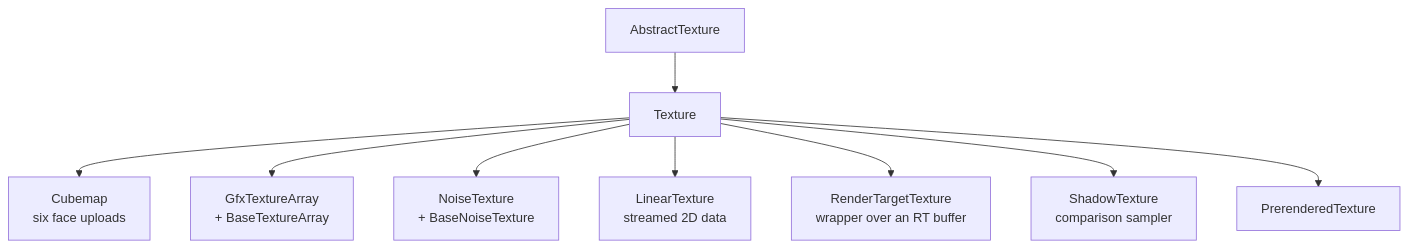
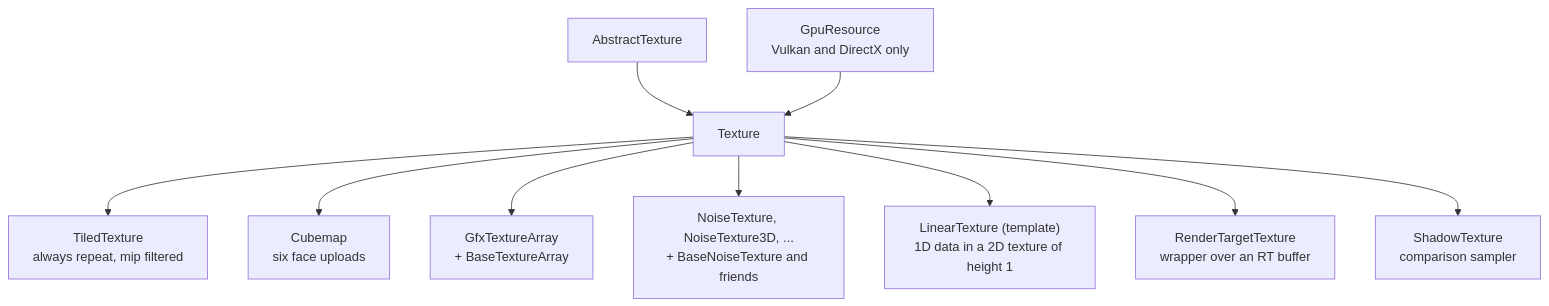
Before and after one commit to DietfridMali/CustomLibs: the diagram in rendertools/documentation/07-textures-and-samplers.md, drawn with Mermaid. The commit also changed other lines of this file and 10 other files, not shown here.

````diff
--- a/rendertools/documentation/07-textures-and-samplers.md
+++ b/rendertools/documentation/07-textures-and-samplers.md
@@ -9,11 +9,12 @@
 ```mermaid
 graph TD
     AT[AbstractTexture] --> TX[Texture]
+    GR["GpuResource<br/>Vulkan and DirectX only"] --> TX
+    TX --> TT["TiledTexture<br/>always repeat, mip filtered"]
     TX --> CM["Cubemap<br/>six face uploads"]
     TX --> TA["GfxTextureArray<br/>+ BaseTextureArray"]
-    TX --> NT["NoiseTexture<br/>+ BaseNoiseTexture"]
-    TX --> LT["LinearTexture<br/>streamed 2D data"]
+    TX --> NT["NoiseTexture, NoiseTexture3D, ...<br/>+ BaseNoiseTexture and friends"]
+    TX --> LT["LinearTexture (template)<br/>1D data in a 2D texture of height 1"]
     TX --> RTT["RenderTargetTexture<br/>wrapper over an RT buffer"]
     TX --> ST["ShadowTexture<br/>comparison sampler"]
-    TX --> PT["PrerenderedTexture"]
 ```
````
